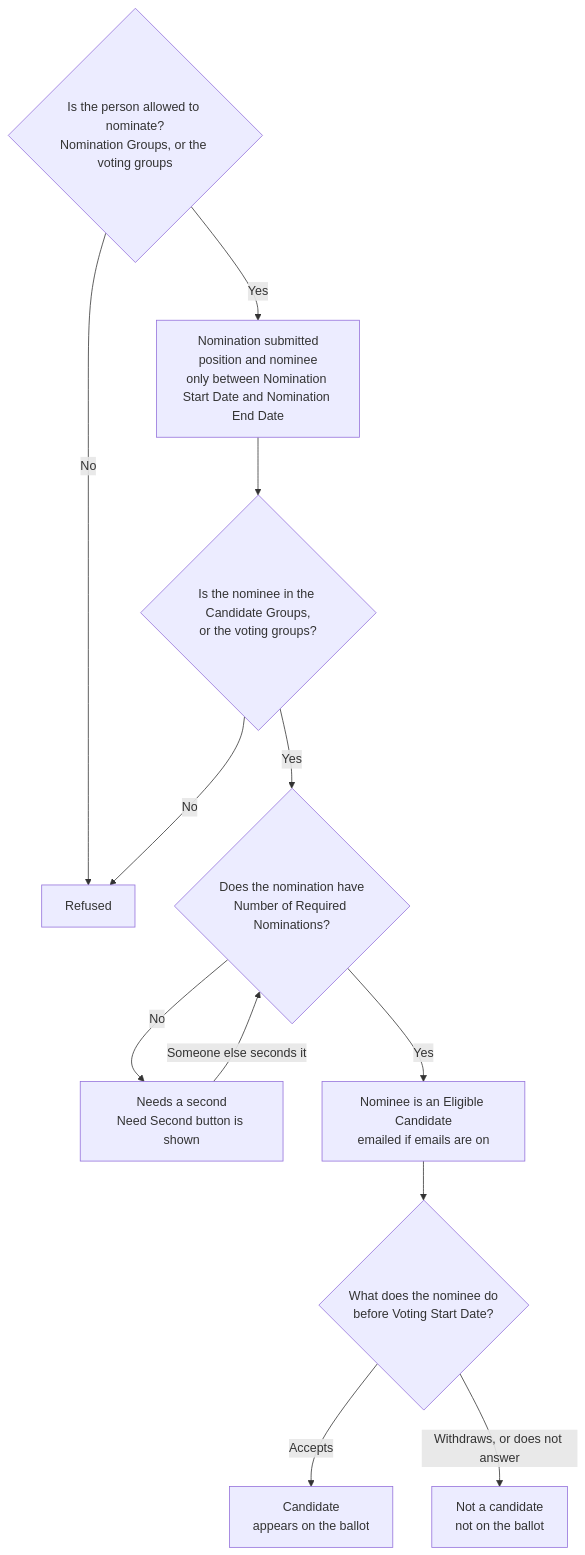
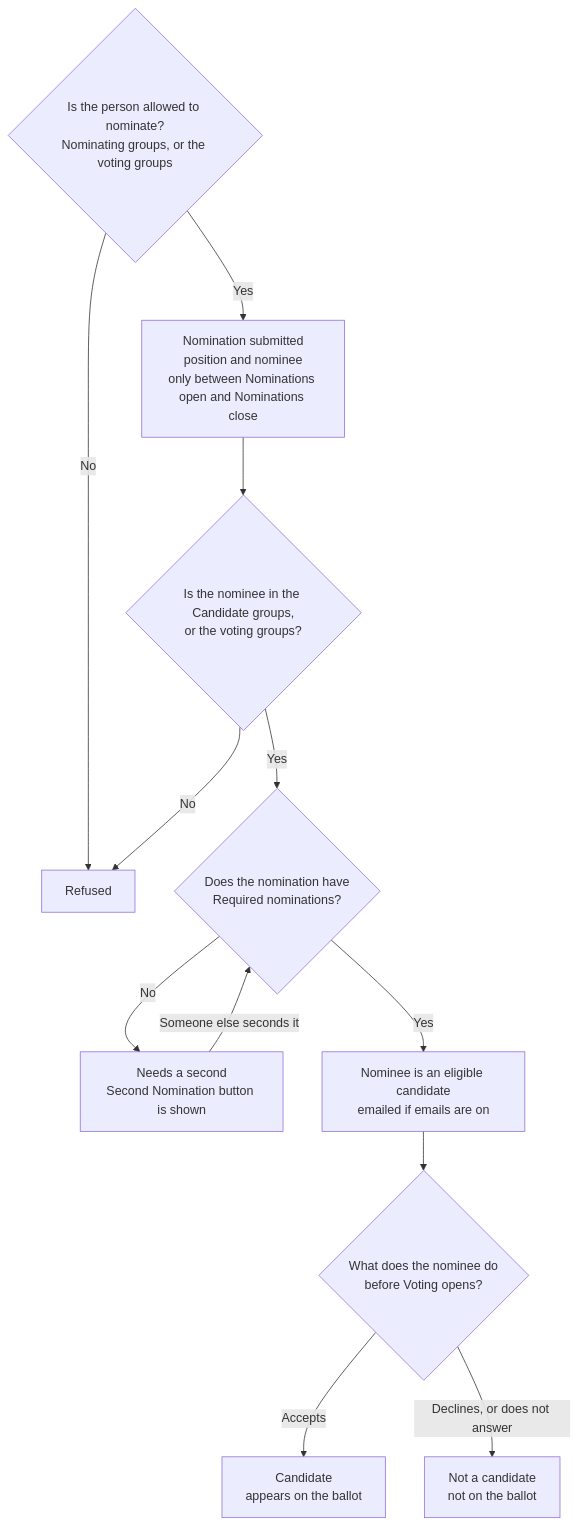
One commit to agileware/au.com.agileware.elections changed the second of 8 diagrams in docs/workflows.md. Above: the diagram before and after it, drawn with Mermaid. The commit also changed other lines of this file and 198 other files, not shown here.

````diff
--- a/docs/workflows.md
+++ b/docs/workflows.md
@@ -27,14 +27,14 @@
 ```mermaid
 flowchart TD
-    N0{"Is the person allowed to nominate?<br/>Nomination Groups, or the voting groups"} -->|No| N0x["Refused"]
-    N0 -->|Yes| N1["Nomination submitted<br/>position and nominee<br/>only between Nomination Start Date and Nomination End Date"]
-    N1 --> N1a{"Is the nominee in the Candidate Groups,<br/>or the voting groups?"}
+    N0{"Is the person allowed to nominate?<br/>Nominating groups, or the voting groups"} -->|No| N0x["Refused"]
+    N0 -->|Yes| N1["Nomination submitted<br/>position and nominee<br/>only between Nominations open and Nominations close"]
+    N1 --> N1a{"Is the nominee in the Candidate groups,<br/>or the voting groups?"}
     N1a -->|No| N0x
-    N1a -->|Yes| N2{"Does the nomination have<br/>Number of Required Nominations?"}
-    N2 -->|No| N3["Needs a second<br/>Need Second button is shown"]
+    N1a -->|Yes| N2{"Does the nomination have<br/>Required nominations?"}
+    N2 -->|No| N3["Needs a second<br/>Second Nomination button is shown"]
     N3 -->|"Someone else seconds it"| N2
-    N2 -->|Yes| N4["Nominee is an Eligible Candidate<br/>emailed if emails are on"]
-    N4 --> N5{"What does the nominee do<br/>before Voting Start Date?"}
+    N2 -->|Yes| N4["Nominee is an eligible candidate<br/>emailed if emails are on"]
+    N4 --> N5{"What does the nominee do<br/>before Voting opens?"}
     N5 -->|Accepts| N6["Candidate<br/>appears on the ballot"]
-    N5 -->|"Withdraws, or does not answer"| N7["Not a candidate<br/>not on the ballot"]
+    N5 -->|"Declines, or does not answer"| N7["Not a candidate<br/>not on the ballot"]
 ```
````
